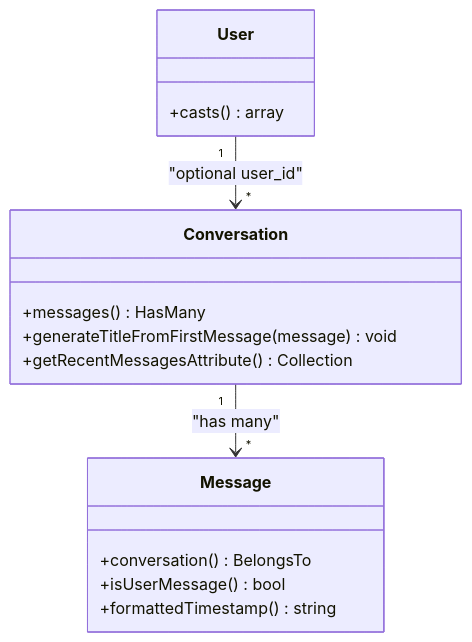
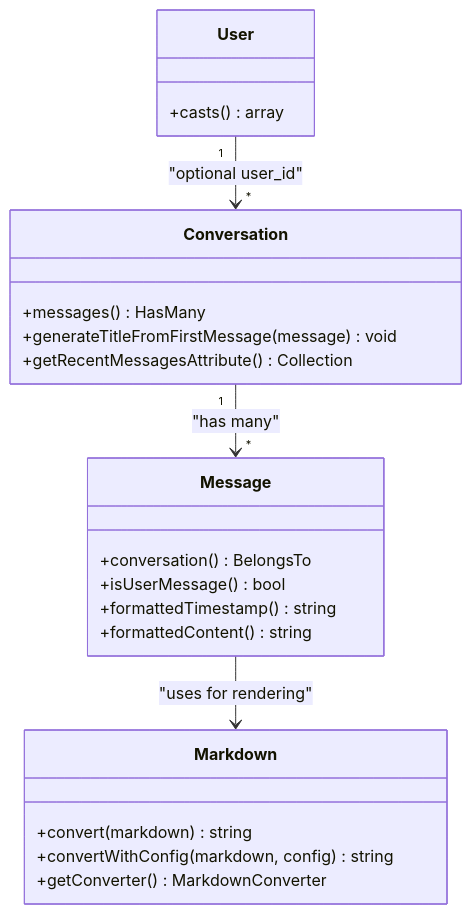
The second of 6 diagrams in .qoder/repowiki/en/content/Laravel Application Components/Models.md (siimliimand/laravel-assistant), drawn with Mermaid before and after one commit. The commit also changed other lines of this file and 4 other files, not shown here.

````diff
--- a/.qoder/repowiki/en/content/Laravel Application Components/Models.md
+++ b/.qoder/repowiki/en/content/Laravel Application Components/Models.md
@@ -125,18 +155,25 @@
 ```mermaid
 classDiagram
 class User {
 +casts() array
 }
 class Conversation {
 +messages() HasMany
 +generateTitleFromFirstMessage(message) void
 +getRecentMessagesAttribute() Collection
 }
 class Message {
 +conversation() BelongsTo
 +isUserMessage() bool
 +formattedTimestamp() string
++formattedContent() string
+}
+class Markdown {
++convert(markdown) string
++convertWithConfig(markdown, config) string
++getConverter() MarkdownConverter
 }
 User "1" --> "*" Conversation : "optional user_id"
 Conversation "1" --> "*" Message : "has many"
+Message --> Markdown : "uses for rendering"
 ```
````
